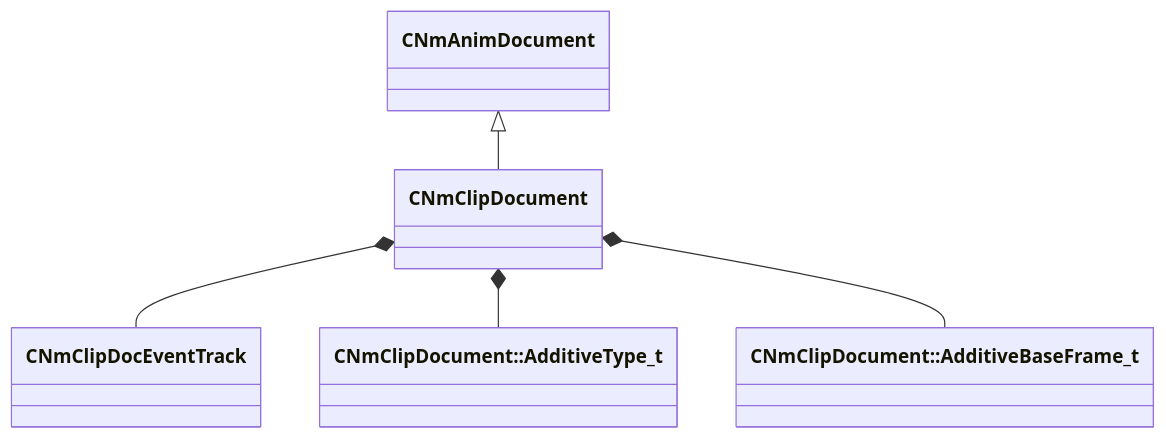
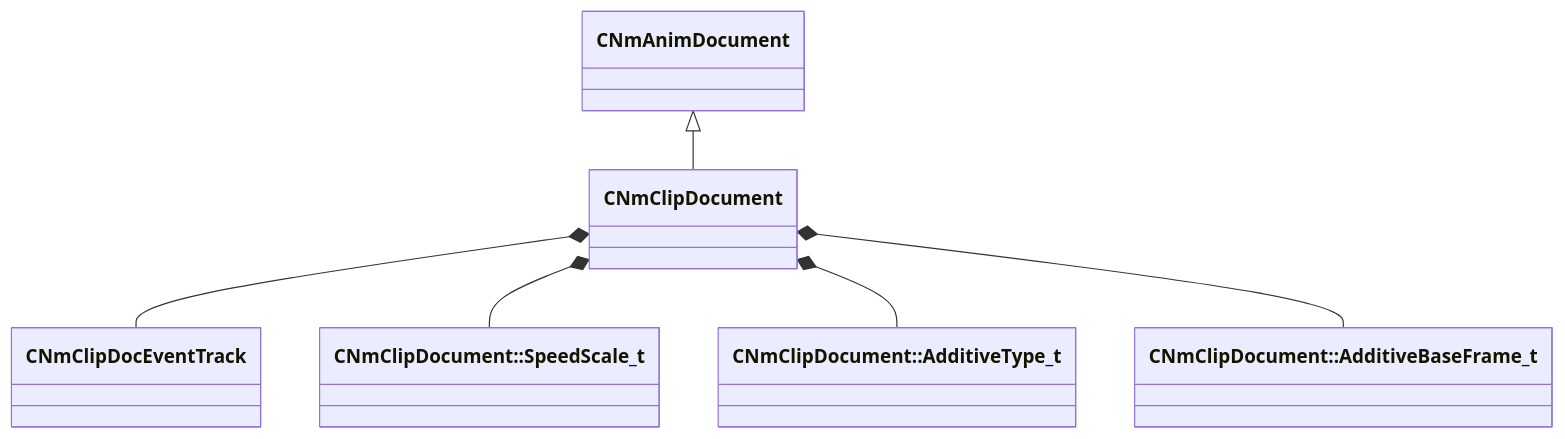
The diagram in docs/generated/schemas/animdoclib/CNmClipDocument.md (CS2OpenDev/CS2OpenDev-Docs), drawn with Mermaid before and after one commit. The commit also changed other lines of this file and 4319 other files, not shown here.

Commit message:
docs: regenerate for SchemaTracker build 26879581 [skip ci]

````diff
--- a/docs/generated/schemas/animdoclib/CNmClipDocument.md
+++ b/docs/generated/schemas/animdoclib/CNmClipDocument.md
@@ -19,7 +19,8 @@
 ```mermaid
 classDiagram
     CNmAnimDocument <|-- CNmClipDocument
     CNmClipDocument *-- CNmClipDocEventTrack
+    CNmClipDocument *-- `CNmClipDocument::SpeedScale_t`
     CNmClipDocument *-- `CNmClipDocument::AdditiveType_t`
     CNmClipDocument *-- `CNmClipDocument::AdditiveBaseFrame_t`
 ```
````
